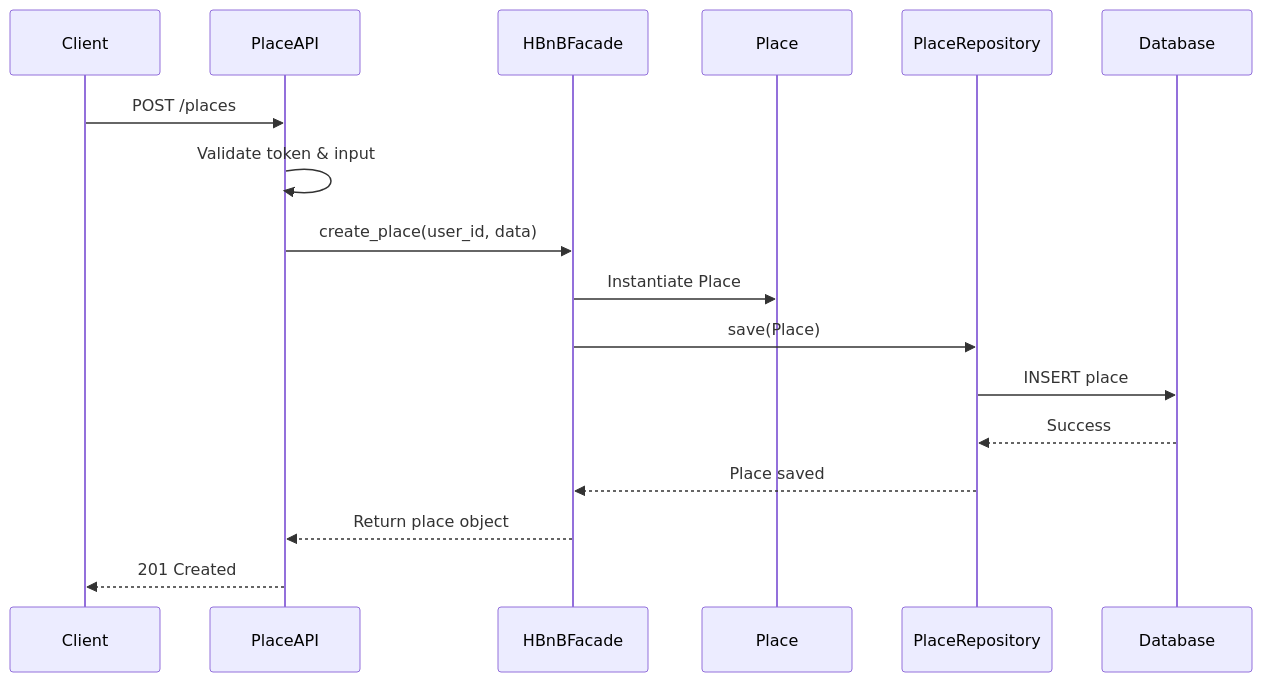
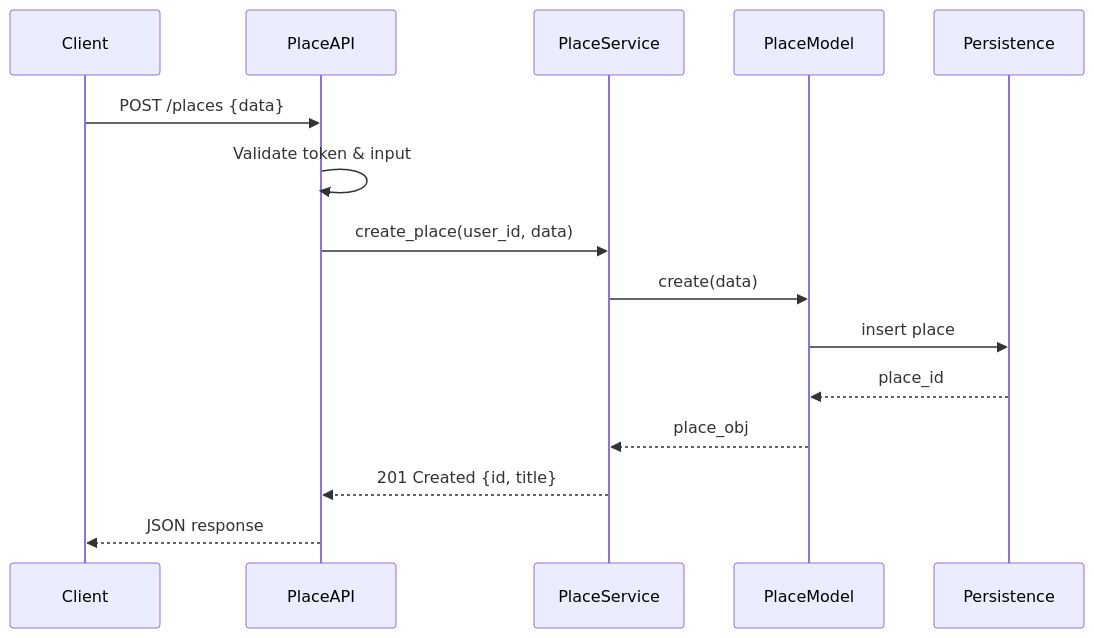
Before and after one commit to laetitiagrondin/holbertonschool-hbnb: the second of 4 diagrams in part1/Sequence_Diagrams.md, drawn with Mermaid. The commit also changed other lines of this file, not shown here.

Commit message:
Modified code for diagrams

````diff
--- a/part1/Sequence_Diagrams.md
+++ b/part1/Sequence_Diagrams.md
@@ -27,20 +25,18 @@
 ```mermaid
 sequenceDiagram
     participant Client
     participant PlaceAPI
-    participant HBnBFacade
-    participant Place
-    participant PlaceRepository
-    participant Database
+    participant PlaceService
+    participant PlaceModel
+    participant Persistence
 
-    Client->>PlaceAPI: POST /places
-    PlaceAPI->>PlaceAPI: Validate token & input
-    PlaceAPI->>HBnBFacade: create_place(user_id, data)
-    HBnBFacade->>Place: Instantiate Place
-    HBnBFacade->>PlaceRepository: save(Place)
-    PlaceRepository->>Database: INSERT place
-    Database-->>PlaceRepository: Success
-    PlaceRepository-->>HBnBFacade: Place saved
-    HBnBFacade-->>PlaceAPI: Return place object
-    PlaceAPI-->>Client: 201 Created
+    Client->>PlaceAPI: POST /places {data}
+    PlaceAPI->>PlaceAPI:Validate token & input
+    PlaceAPI->>PlaceService: create_place(user_id, data)
+    PlaceService->>PlaceModel: create(data)
+    PlaceModel->>Persistence: insert place
+    Persistence-->>PlaceModel: place_id
+    PlaceModel-->>PlaceService: place_obj
+    PlaceService-->>PlaceAPI: 201 Created {id, title}
+    PlaceAPI-->>Client: JSON response
 ```
````
